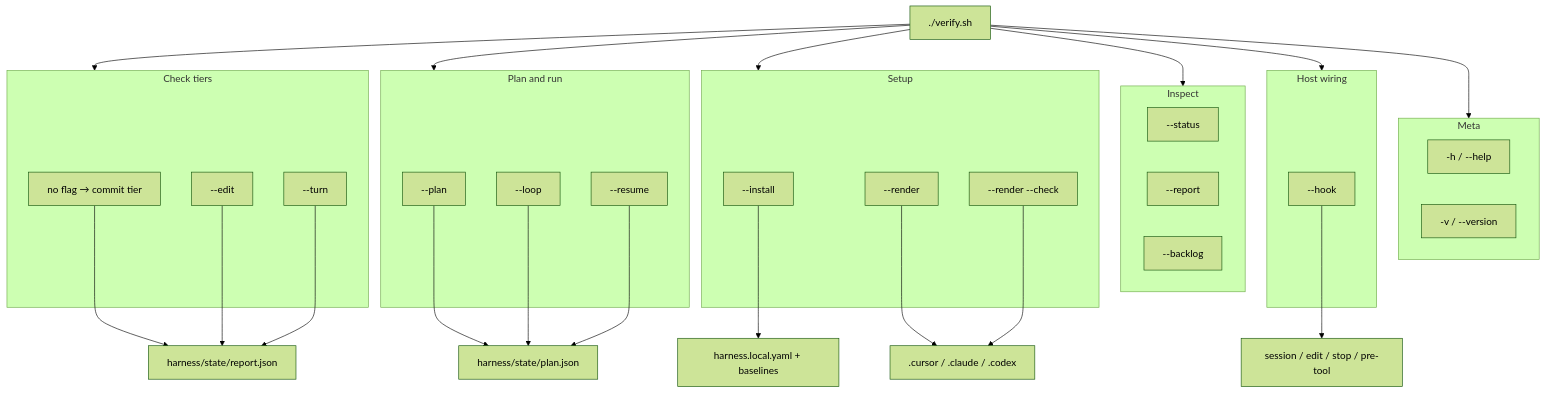
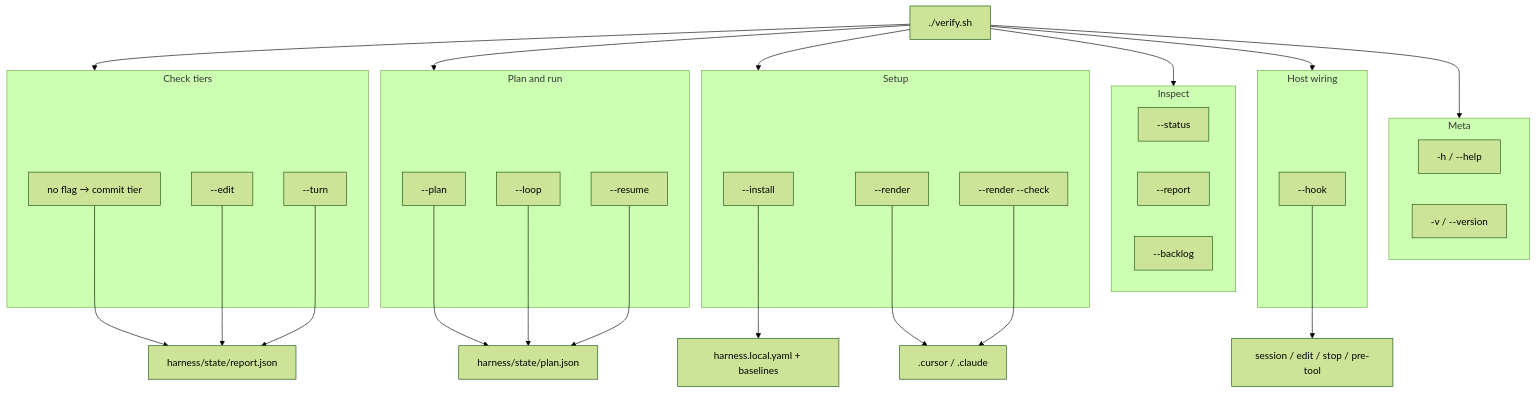
The first of 3 diagrams in README.md (lucamezzalira/harness-loop-engineering), drawn with Mermaid (forest theme) before and after one commit. The commit also changed other lines of this file and 59 other files, not shown here.

````diff
--- a/README.md
+++ b/README.md
@@ -120,55 +119,55 @@
 ```mermaid
 flowchart TB
   V["./verify.sh"]
 
   subgraph checks [Check tiers]
     DEF["no flag → commit tier"]
     EDIT["--edit"]
     TURN["--turn"]
   end
 
   subgraph planloop [Plan and run]
     PLAN["--plan"]
     LOOP["--loop"]
     RESUME["--resume"]
   end
 
   subgraph setup [Setup]
     INSTALL["--install"]
     RENDER["--render"]
     RCHECK["--render --check"]
   end
 
   subgraph inspect [Inspect]
     STATUS["--status"]
     REPORT["--report"]
     BACKLOG["--backlog"]
   end
 
   subgraph runtime [Host wiring]
     HOOK["--hook"]
   end
 
   subgraph meta [Meta]
     HELP["-h / --help"]
     VER["-v / --version"]
   end
 
   V --> checks
   V --> planloop
   V --> setup
   V --> inspect
   V --> runtime
   V --> meta
 
   DEF --> R["harness/state/report.json"]
   EDIT --> R
   TURN --> R
   PLAN --> P["harness/state/plan.json"]
   LOOP --> P
   RESUME --> P
   INSTALL --> LOCAL["harness.local.yaml + baselines"]
-  RENDER --> ADAPTER[".cursor / .claude / .codex"]
+  RENDER --> ADAPTER[".cursor / .claude"]
   RCHECK --> ADAPTER
   HOOK --> MOMENTS["session / edit / stop / pre-tool"]
 ```
````
